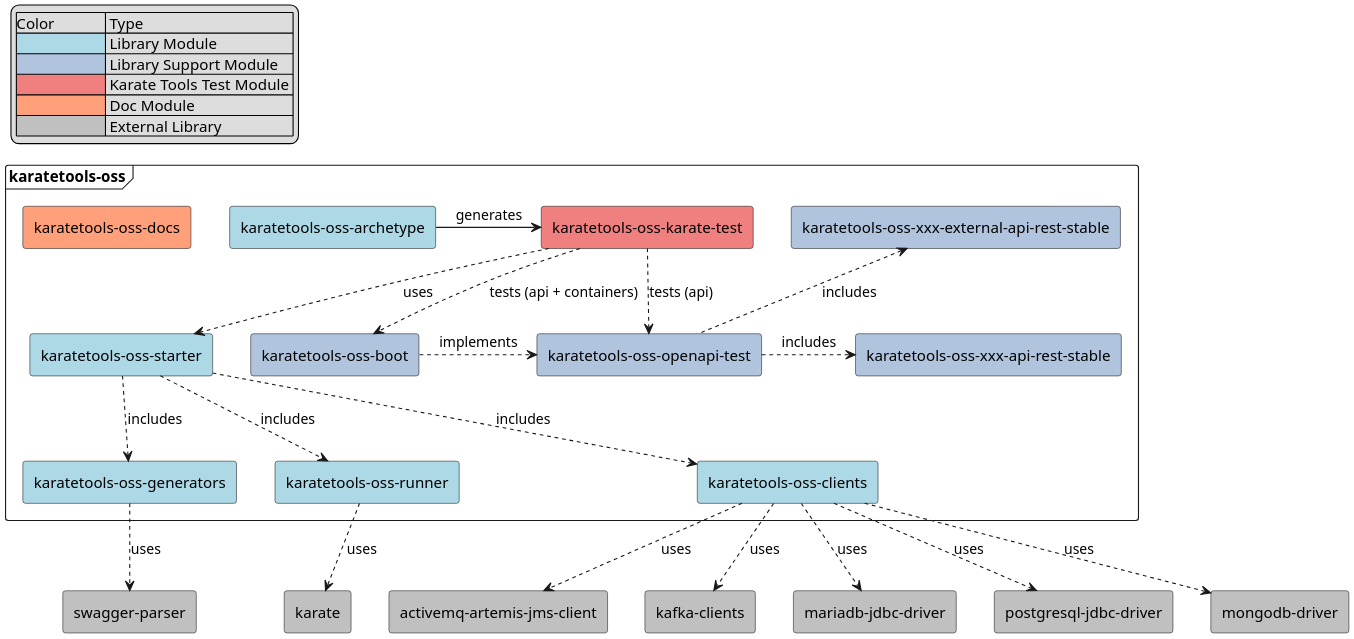
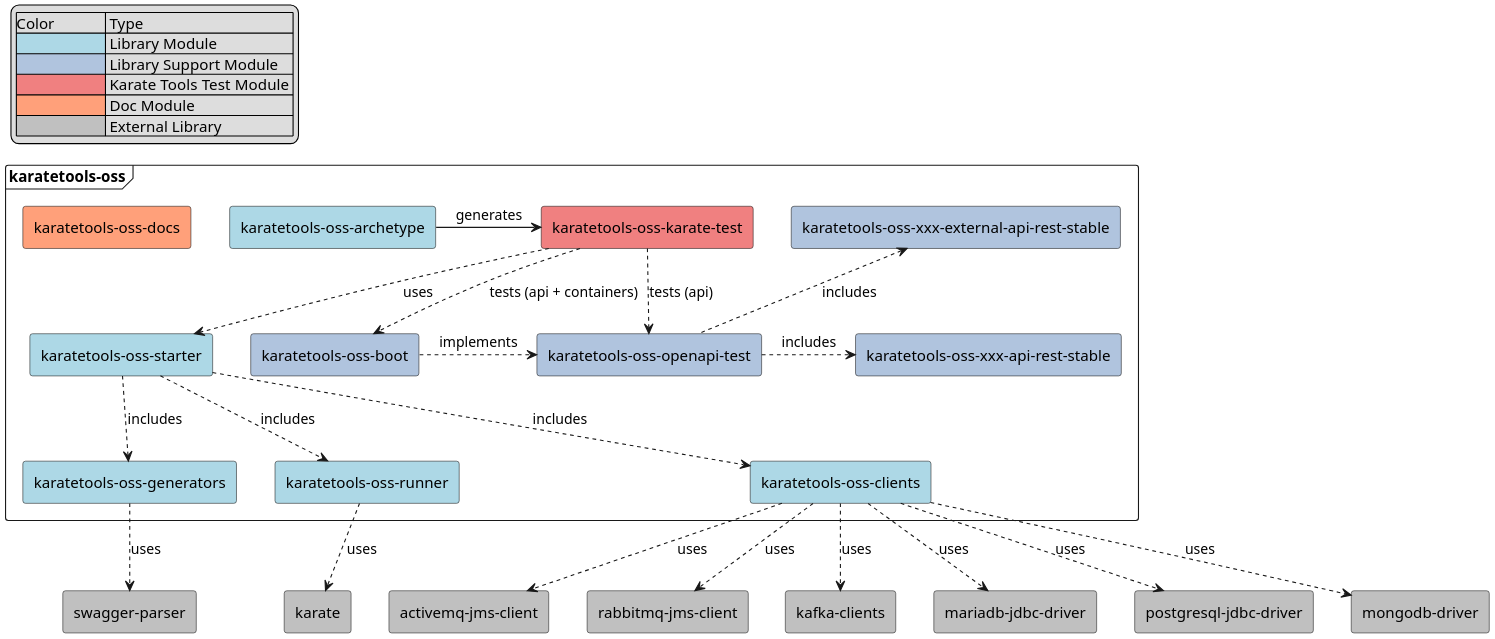
The diagram in docs/src/modules/puml/partials/karatetools-oss-modules.puml (InditexTech/karatetools-oss), drawn with PlantUML before and after one commit. The commit also changed 6 other files, not shown here.

```diff
--- a/docs/src/modules/puml/partials/karatetools-oss-modules.puml
+++ b/docs/src/modules/puml/partials/karatetools-oss-modules.puml
@@ -1,74 +1,78 @@
 @startuml karatetools-oss-modules
 skinparam componentStyle rectangle
 scale 2
 
 legend top left
   |Color             | Type                     |
   |<#LightBlue>      | Library Module           |
   |<#LightSteelBlue> | Library Support Module   |
   |<#LightCoral>     | Karate Tools Test Module |
   |<#LightSalmon>    | Doc Module               |
   |<#Silver>         | External Library         |
 endlegend
 
 frame "karatetools-oss" {
   [karatetools-oss-docs] #LightSalmon
 
   [karatetools-oss-archetype] #LightBlue
   [karatetools-oss-generators] #LightBlue
   [karatetools-oss-runner] #LightBlue
   [karatetools-oss-clients] #LightBlue
   [karatetools-oss-starter] #LightBlue
 
   [karatetools-oss-boot] #LightSteelBlue
   [karatetools-oss-openapi-test] #LightSteelBlue
 
   [karatetools-oss-xxx-api-rest-stable] #LightSteelBlue
   [karatetools-oss-xxx-external-api-rest-stable] #LightSteelBlue
 
   [karatetools-oss-karate-test] #LightCoral
 }
 
 [karate] #Silver
 [swagger-parser] #Silver
 
-[activemq-artemis-jms-client] #Silver
+[activemq-jms-client] #Silver
+[rabbitmq-jms-client] #Silver
 [kafka-clients] #Silver
 [mariadb-jdbc-driver] #Silver
 [mongodb-driver] #Silver
 [postgresql-jdbc-driver] #Silver
+
+' Positioning
+[activemq-jms-client] -[hidden]right- [rabbitmq-jms-client]
+[rabbitmq-jms-client] -[hidden]right- [kafka-clients]
+[kafka-clients] -[hidden]right- [mariadb-jdbc-driver]
+[mariadb-jdbc-driver] -[hidden]right- [postgresql-jdbc-driver]
+[postgresql-jdbc-driver] -[hidden]right- [mongodb-driver]
 
 ' Relationships
 
 [karatetools-oss-archetype] -right-> [karatetools-oss-karate-test] : generates
 
 [karatetools-oss-starter] ..> [karatetools-oss-generators] : includes
 [karatetools-oss-starter] ..> [karatetools-oss-clients] : includes
 [karatetools-oss-starter] ..> [karatetools-oss-runner] : includes
 
 [karatetools-oss-openapi-test] .right.> [karatetools-oss-xxx-api-rest-stable] : includes
 [karatetools-oss-openapi-test] .up.> [karatetools-oss-xxx-external-api-rest-stable] : includes
 
 [karatetools-oss-boot] .right.> [karatetools-oss-openapi-test] : implements
 [karatetools-oss-boot] .left[hidden].> [karatetools-oss-starter]
 
 [karatetools-oss-karate-test] ..> [karatetools-oss-starter] : uses
 [karatetools-oss-karate-test] ..> [karatetools-oss-openapi-test] : tests (api)
 [karatetools-oss-karate-test] ..> [karatetools-oss-boot] : tests (api + containers)
 
 [karatetools-oss-runner] ..> [karate] : uses
 
 [karatetools-oss-generators] ..> [swagger-parser] : uses
 
 [karatetools-oss-clients] .down.> [mariadb-jdbc-driver] : uses
 [karatetools-oss-clients] .down.> [postgresql-jdbc-driver] : uses
 [karatetools-oss-clients] .down.> [mongodb-driver] : uses
 [karatetools-oss-clients] .down.> [kafka-clients] : uses
-[karatetools-oss-clients] .down.> [activemq-artemis-jms-client] : uses
-
-[activemq-artemis-jms-client] -[hidden]right- [kafka-clients]
-[kafka-clients] -[hidden]right- [mariadb-jdbc-driver]
-[mariadb-jdbc-driver] -[hidden]right- [postgresql-jdbc-driver]
-[postgresql-jdbc-driver] -[hidden]right- [mongodb-driver]
+[karatetools-oss-clients] .down.> [activemq-jms-client] : uses
+[karatetools-oss-clients] .down.> [rabbitmq-jms-client] : uses
 
 @enduml
```
